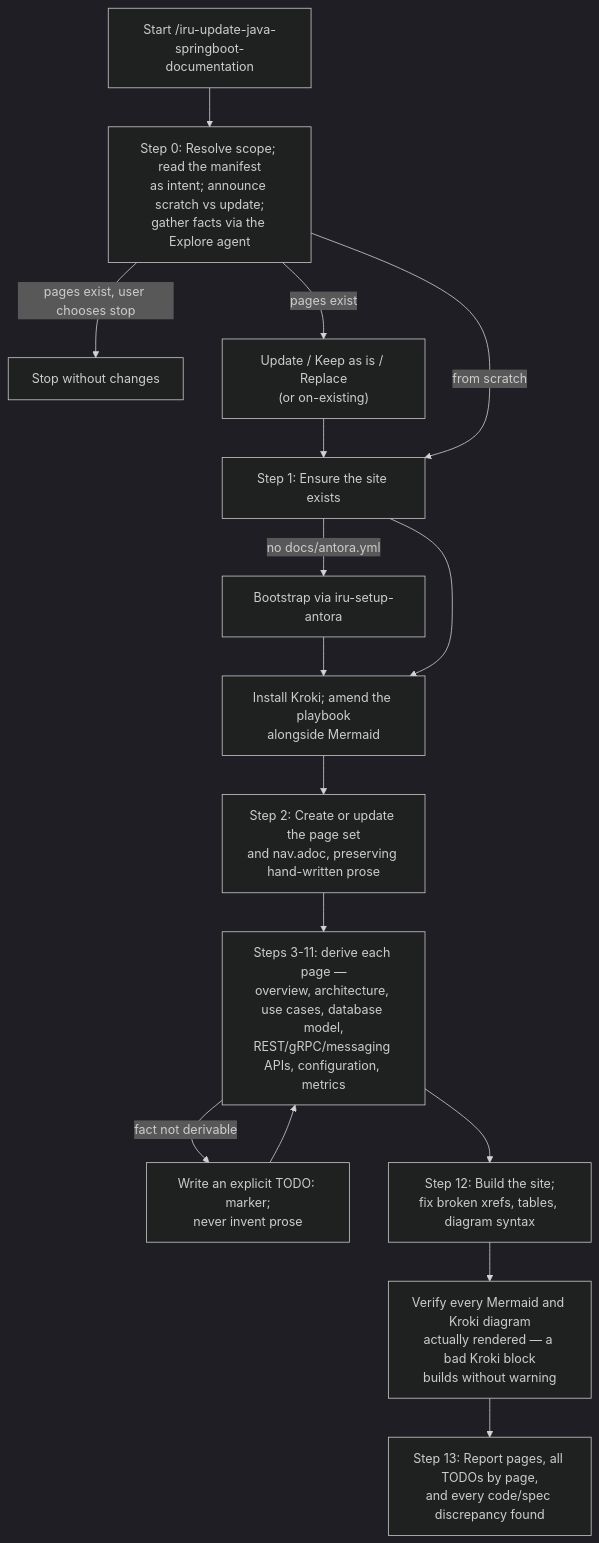
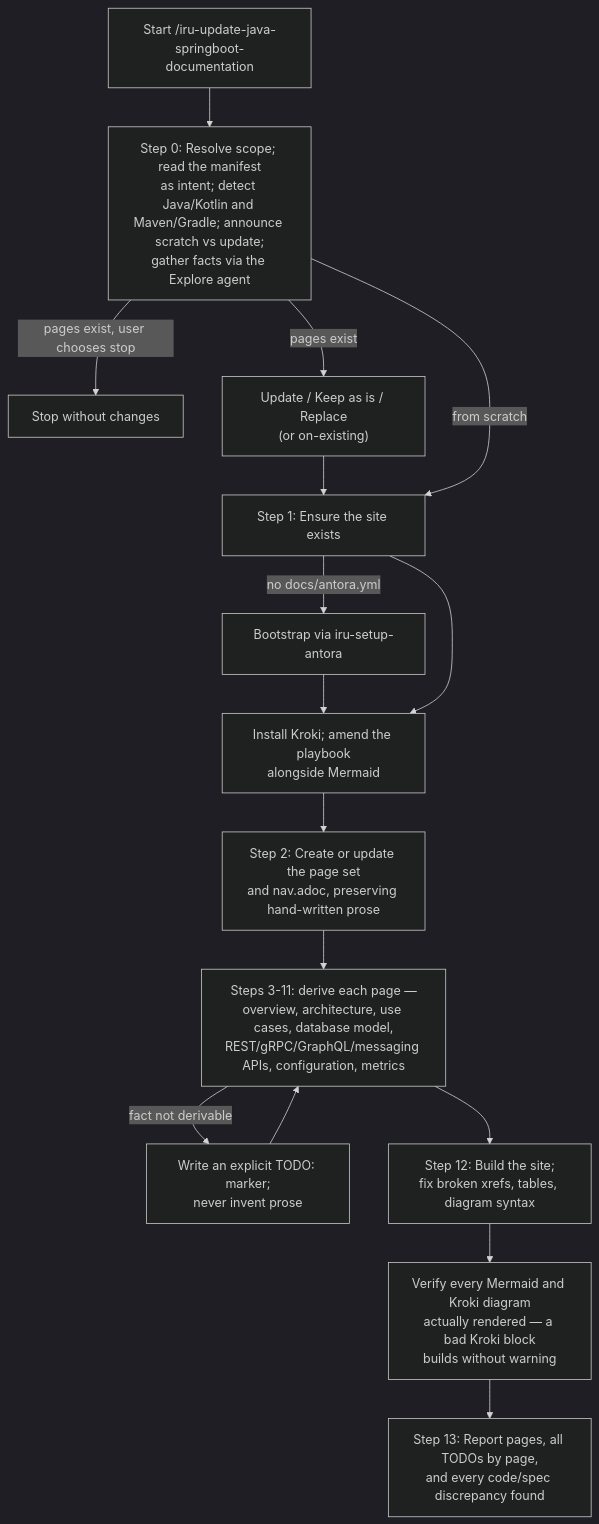
One commit to albertoirurueta/ai-catalog changed the diagram in docs/modules/ROOT/pages/skills/iru-update-java-springboot-documentation.adoc. Above: the diagram before and after it, drawn with Mermaid (dark theme). The commit also changed other lines of this file and 234 other files, not shown here.

```diff
--- a/docs/modules/ROOT/pages/skills/iru-update-java-springboot-documentation.adoc
+++ b/docs/modules/ROOT/pages/skills/iru-update-java-springboot-documentation.adoc
@@ -147,19 +160,19 @@
 [mermaid]
 ....
 flowchart TD
-    A["Start /iru-update-java-springboot-documentation"] --> B["Step 0: Resolve scope; read the manifest\nas intent; announce scratch vs update;\ngather facts via the Explore agent"]
+    A["Start /iru-update-java-springboot-documentation"] --> B["Step 0: Resolve scope; read the manifest\nas intent; detect Java/Kotlin and Maven/Gradle; announce scratch vs update;\ngather facts via the Explore agent"]
     B -- pages exist, user chooses stop --> STOP[Stop without changes]
     B -- pages exist --> B2["Update / Keep as is / Replace\n(or on-existing)"]
     B2 --> C
     B -- from scratch --> C["Step 1: Ensure the site exists"]
     C -- no docs/antora.yml --> D["Bootstrap via iru-setup-antora"]
     D --> E
     C --> E["Install Kroki; amend the playbook\nalongside Mermaid"]
     E --> F["Step 2: Create or update the page set\nand nav.adoc, preserving hand-written prose"]
-    F --> G["Steps 3-11: derive each page —\noverview, architecture, use cases, database model,\nREST/gRPC/messaging APIs, configuration, metrics"]
+    F --> G["Steps 3-11: derive each page —\noverview, architecture, use cases, database model,\nREST/gRPC/GraphQL/messaging APIs, configuration, metrics"]
     G -- fact not derivable --> H["Write an explicit TODO: marker;\nnever invent prose"]
     H --> G
     G --> I["Step 12: Build the site;\nfix broken xrefs, tables, diagram syntax"]
     I --> J["Verify every Mermaid and Kroki diagram\nactually rendered — a bad Kroki block\nbuilds without warning"]
     J --> K["Step 13: Report pages, all TODOs by page,\nand every code/spec discrepancy found"]
 ....
```
